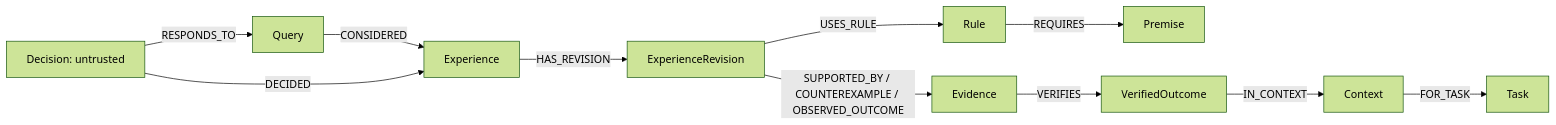
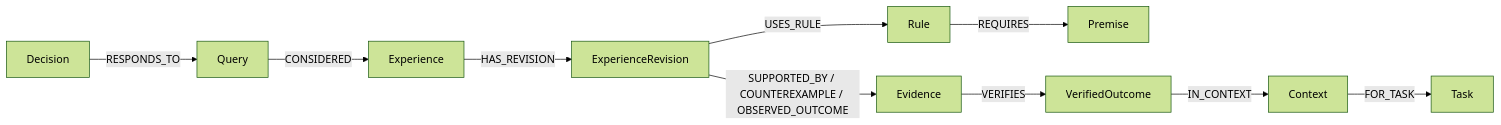
Before and after one commit to Renwang-Huang/Aevora: the diagram in aevora_core/docs/GRAPH_SCHEMA.md, drawn with Mermaid (forest theme). The commit also changed other lines of this file and 1395 other files, not shown here.

````diff
--- a/aevora_core/docs/GRAPH_SCHEMA.md
+++ b/aevora_core/docs/GRAPH_SCHEMA.md
@@ -47,13 +22,12 @@
 ```mermaid
 flowchart LR
-  E[Experience] -->|HAS_REVISION| R[ExperienceRevision]
-  R -->|USES_RULE| U[Rule]
-  U -->|REQUIRES| P[Premise]
-  R -->|SUPPORTED_BY / COUNTEREXAMPLE / OBSERVED_OUTCOME| V[Evidence]
-  V -->|VERIFIES| O[VerifiedOutcome]
-  O -->|IN_CONTEXT| C[Context]
-  C -->|FOR_TASK| T[Task]
-  Q[Query] -->|CONSIDERED| E
-  D[Decision: untrusted] -->|RESPONDS_TO| Q
-  D -->|DECIDED| E
+    E[Experience] -->|HAS_REVISION| R[ExperienceRevision]
+    R -->|USES_RULE| U[Rule]
+    U -->|REQUIRES| P[Premise]
+    R -->|SUPPORTED_BY / COUNTEREXAMPLE / OBSERVED_OUTCOME| V[Evidence]
+    V -->|VERIFIES| O[VerifiedOutcome]
+    O -->|IN_CONTEXT| C[Context]
+    C -->|FOR_TASK| T[Task]
+    Q[Query] -->|CONSIDERED| E
+    D[Decision] -->|RESPONDS_TO| Q
 ```
````
